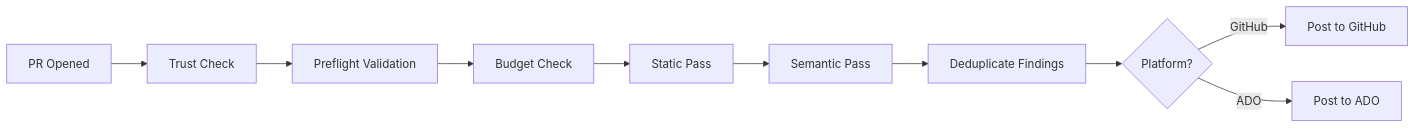
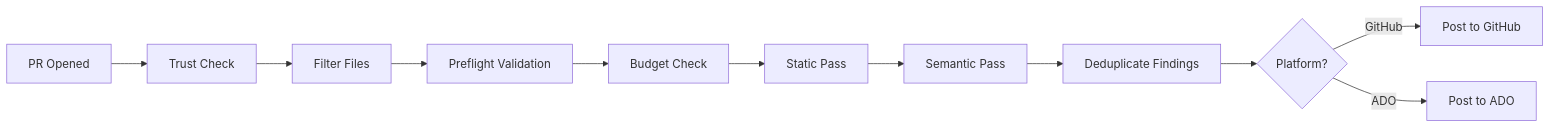
Before and after one commit to oddessentials/odd-ai-reviewers: the diagram in README.md, drawn with Mermaid. The commit also changed other lines of this file and 7 other files, not shown here.

````diff
--- a/README.md
+++ b/README.md
@@ -192,12 +193,13 @@
 ```mermaid
 graph LR
     A[PR Opened] --> B[Trust Check]
-    B --> C[Preflight Validation]
-    C --> D[Budget Check]
-    D --> E[Static Pass]
-    E --> F[Semantic Pass]
-    F --> G[Deduplicate Findings]
-    G --> H{Platform?}
-    H -->|GitHub| I[Post to GitHub]
-    H -->|ADO| J[Post to ADO]
+    B --> C[Filter Files]
+    C --> D[Preflight Validation]
+    D --> E[Budget Check]
+    E --> F[Static Pass]
+    F --> G[Semantic Pass]
+    G --> H[Deduplicate Findings]
+    H --> I{Platform?}
+    I -->|GitHub| J[Post to GitHub]
+    I -->|ADO| K[Post to ADO]
 ```
````
